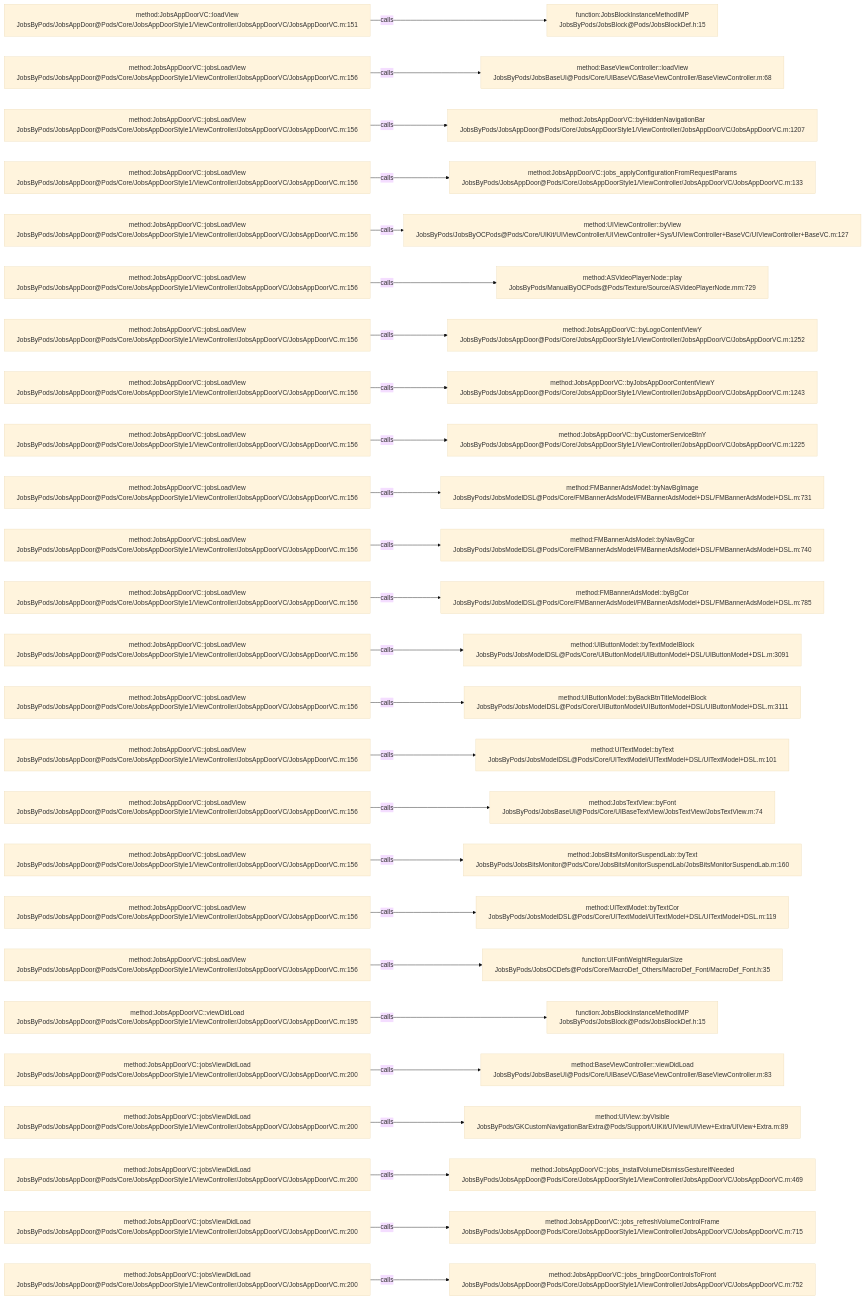
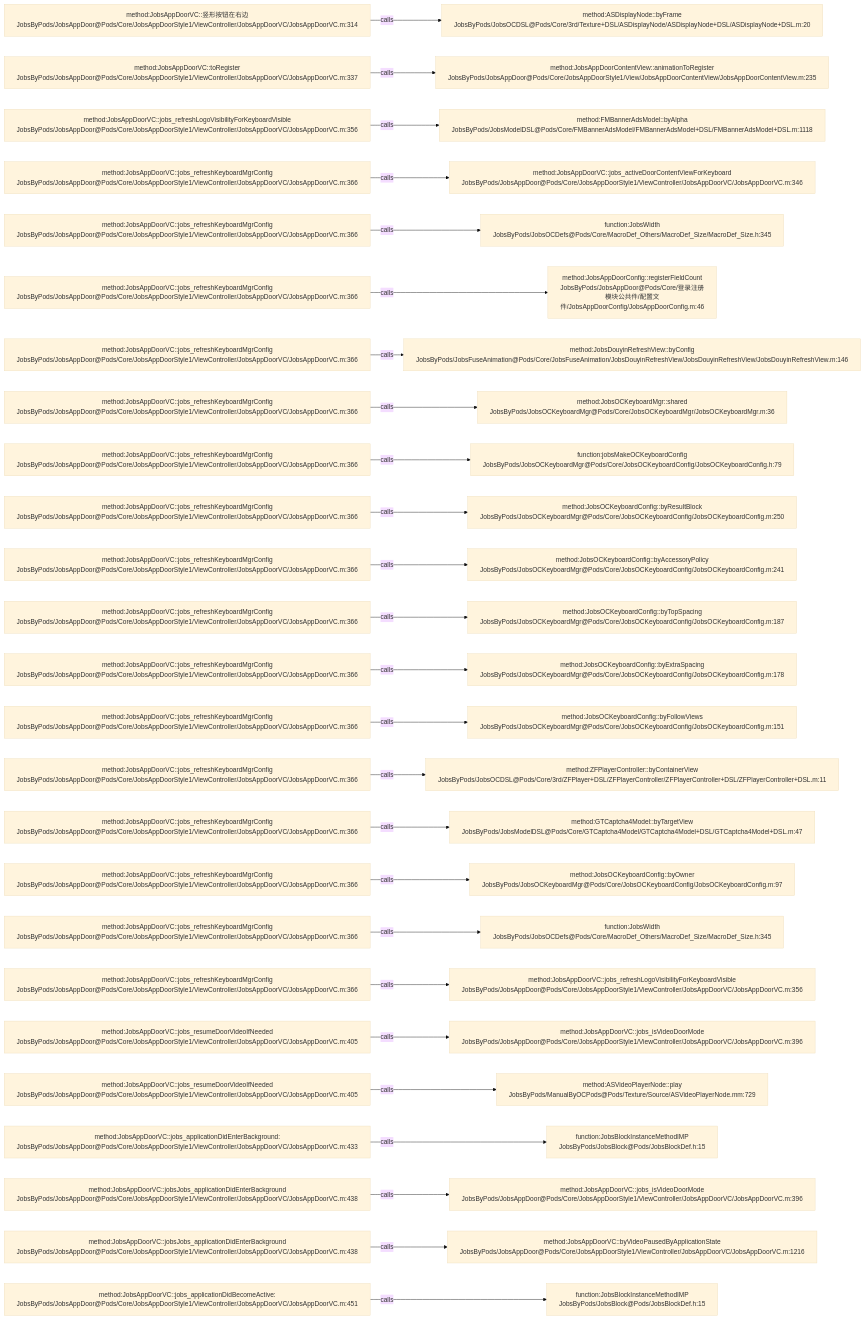
The diagram in .codegraph/codegraph.md/graphs/calls-107.md (JobsKits/JobsOCBaseConfigDemo), drawn with Mermaid (base theme) before and after one commit. The commit also changed 223 other files, not shown here.

````diff
--- a/.codegraph/codegraph.md/graphs/calls-107.md
+++ b/.codegraph/codegraph.md/graphs/calls-107.md
@@ -13,78 +13,78 @@
 ```mermaid
 flowchart LR
-  S1["method:JobsAppDoorVC::loadView<br/>JobsByPods/JobsAppDoor@Pods/Core/JobsAppDoorStyle1/ViewController/JobsAppDoorVC/JobsAppDoorVC.m:151"]
-  T1["function:JobsBlockInstanceMethodIMP<br/>JobsByPods/JobsBlock@Pods/JobsBlockDef.h:15"]
+  S1["method:JobsAppDoorVC::竖形按钮在右边<br/>JobsByPods/JobsAppDoor@Pods/Core/JobsAppDoorStyle1/ViewController/JobsAppDoorVC/JobsAppDoorVC.m:314"]
+  T1["method:ASDisplayNode::byFrame<br/>JobsByPods/JobsOCDSL@Pods/Core/3rd/Texture+DSL/ASDisplayNode/ASDisplayNode+DSL/ASDisplayNode+DSL.m:20"]
   S1 -->|calls| T1
-  S2["method:JobsAppDoorVC::jobsLoadView<br/>JobsByPods/JobsAppDoor@Pods/Core/JobsAppDoorStyle1/ViewController/JobsAppDoorVC/JobsAppDoorVC.m:156"]
-  T2["method:BaseViewController::loadView<br/>JobsByPods/JobsBaseUI@Pods/Core/UIBaseVC/BaseViewController/BaseViewController.m:68"]
+  S2["method:JobsAppDoorVC::toRegister<br/>JobsByPods/JobsAppDoor@Pods/Core/JobsAppDoorStyle1/ViewController/JobsAppDoorVC/JobsAppDoorVC.m:337"]
+  T2["method:JobsAppDoorContentView::animationToRegister<br/>JobsByPods/JobsAppDoor@Pods/Core/JobsAppDoorStyle1/View/JobsAppDoorContentView/JobsAppDoorContentView.m:235"]
   S2 -->|calls| T2
-  S3["method:JobsAppDoorVC::jobsLoadView<br/>JobsByPods/JobsAppDoor@Pods/Core/JobsAppDoorStyle1/ViewController/JobsAppDoorVC/JobsAppDoorVC.m:156"]
-  T3["method:JobsAppDoorVC::byHiddenNavigationBar<br/>JobsByPods/JobsAppDoor@Pods/Core/JobsAppDoorStyle1/ViewController/JobsAppDoorVC/JobsAppDoorVC.m:1207"]
+  S3["method:JobsAppDoorVC::jobs_refreshLogoVisibilityForKeyboardVisible<br/>JobsByPods/JobsAppDoor@Pods/Core/JobsAppDoorStyle1/ViewController/JobsAppDoorVC/JobsAppDoorVC.m:356"]
+  T3["method:FMBannerAdsModel::byAlpha<br/>JobsByPods/JobsModelDSL@Pods/Core/FMBannerAdsModel/FMBannerAdsModel+DSL/FMBannerAdsModel+DSL.m:1118"]
   S3 -->|calls| T3
-  S4["method:JobsAppDoorVC::jobsLoadView<br/>JobsByPods/JobsAppDoor@Pods/Core/JobsAppDoorStyle1/ViewController/JobsAppDoorVC/JobsAppDoorVC.m:156"]
-  T4["method:JobsAppDoorVC::jobs_applyConfigurationFromRequestParams<br/>JobsByPods/JobsAppDoor@Pods/Core/JobsAppDoorStyle1/ViewController/JobsAppDoorVC/JobsAppDoorVC.m:133"]
+  S4["method:JobsAppDoorVC::jobs_refreshKeyboardMgrConfig<br/>JobsByPods/JobsAppDoor@Pods/Core/JobsAppDoorStyle1/ViewController/JobsAppDoorVC/JobsAppDoorVC.m:366"]
+  T4["method:JobsAppDoorVC::jobs_activeDoorContentViewForKeyboard<br/>JobsByPods/JobsAppDoor@Pods/Core/JobsAppDoorStyle1/ViewController/JobsAppDoorVC/JobsAppDoorVC.m:346"]
   S4 -->|calls| T4
-  S5["method:JobsAppDoorVC::jobsLoadView<br/>JobsByPods/JobsAppDoor@Pods/Core/JobsAppDoorStyle1/ViewController/JobsAppDoorVC/JobsAppDoorVC.m:156"]
-  T5["method:UIViewController::byView<br/>JobsByPods/JobsByOCPods@Pods/Core/UIKit/UIViewController/UIViewController+Sys/UIViewController+BaseVC/UIViewController+BaseVC.m:127"]
+  S5["method:JobsAppDoorVC::jobs_refreshKeyboardMgrConfig<br/>JobsByPods/JobsAppDoor@Pods/Core/JobsAppDoorStyle1/ViewController/JobsAppDoorVC/JobsAppDoorVC.m:366"]
+  T5["function:JobsWidth<br/>JobsByPods/JobsOCDefs@Pods/Core/MacroDef_Others/MacroDef_Size/MacroDef_Size.h:345"]
   S5 -->|calls| T5
-  S6["method:JobsAppDoorVC::jobsLoadView<br/>JobsByPods/JobsAppDoor@Pods/Core/JobsAppDoorStyle1/ViewController/JobsAppDoorVC/JobsAppDoorVC.m:156"]
-  T6["method:ASVideoPlayerNode::play<br/>JobsByPods/ManualByOCPods@Pods/Texture/Source/ASVideoPlayerNode.mm:729"]
+  S6["method:JobsAppDoorVC::jobs_refreshKeyboardMgrConfig<br/>JobsByPods/JobsAppDoor@Pods/Core/JobsAppDoorStyle1/ViewController/JobsAppDoorVC/JobsAppDoorVC.m:366"]
+  T6["method:JobsAppDoorConfig::registerFieldCount<br/>JobsByPods/JobsAppDoor@Pods/Core/登录注册模块公共件/配置文件/JobsAppDoorConfig/JobsAppDoorConfig.m:46"]
   S6 -->|calls| T6
-  S7["method:JobsAppDoorVC::jobsLoadView<br/>JobsByPods/JobsAppDoor@Pods/Core/JobsAppDoorStyle1/ViewController/JobsAppDoorVC/JobsAppDoorVC.m:156"]
-  T7["method:JobsAppDoorVC::byLogoContentViewY<br/>JobsByPods/JobsAppDoor@Pods/Core/JobsAppDoorStyle1/ViewController/JobsAppDoorVC/JobsAppDoorVC.m:1252"]
+  S7["method:JobsAppDoorVC::jobs_refreshKeyboardMgrConfig<br/>JobsByPods/JobsAppDoor@Pods/Core/JobsAppDoorStyle1/ViewController/JobsAppDoorVC/JobsAppDoorVC.m:366"]
+  T7["method:JobsDouyinRefreshView::byConfig<br/>JobsByPods/JobsFuseAnimation@Pods/Core/JobsFuseAnimation/JobsDouyinRefreshView/JobsDouyinRefreshView/JobsDouyinRefreshView.m:146"]
   S7 -->|calls| T7
-  S8["method:JobsAppDoorVC::jobsLoadView<br/>JobsByPods/JobsAppDoor@Pods/Core/JobsAppDoorStyle1/ViewController/JobsAppDoorVC/JobsAppDoorVC.m:156"]
-  T8["method:JobsAppDoorVC::byJobsAppDoorContentViewY<br/>JobsByPods/JobsAppDoor@Pods/Core/JobsAppDoorStyle1/ViewController/JobsAppDoorVC/JobsAppDoorVC.m:1243"]
+  S8["method:JobsAppDoorVC::jobs_refreshKeyboardMgrConfig<br/>JobsByPods/JobsAppDoor@Pods/Core/JobsAppDoorStyle1/ViewController/JobsAppDoorVC/JobsAppDoorVC.m:366"]
+  T8["method:JobsOCKeyboardMgr::shared<br/>JobsByPods/JobsOCKeyboardMgr@Pods/Core/JobsOCKeyboardMgr/JobsOCKeyboardMgr.m:36"]
   S8 -->|calls| T8
-  S9["method:JobsAppDoorVC::jobsLoadView<br/>JobsByPods/JobsAppDoor@Pods/Core/JobsAppDoorStyle1/ViewController/JobsAppDoorVC/JobsAppDoorVC.m:156"]
-  T9["method:JobsAppDoorVC::byCustomerServiceBtnY<br/>JobsByPods/JobsAppDoor@Pods/Core/JobsAppDoorStyle1/ViewController/JobsAppDoorVC/JobsAppDoorVC.m:1225"]
+  S9["method:JobsAppDoorVC::jobs_refreshKeyboardMgrConfig<br/>JobsByPods/JobsAppDoor@Pods/Core/JobsAppDoorStyle1/ViewController/JobsAppDoorVC/JobsAppDoorVC.m:366"]
+  T9["function:jobsMakeOCKeyboardConfig<br/>JobsByPods/JobsOCKeyboardMgr@Pods/Core/JobsOCKeyboardConfig/JobsOCKeyboardConfig.h:79"]
   S9 -->|calls| T9
-  S10["method:JobsAppDoorVC::jobsLoadView<br/>JobsByPods/JobsAppDoor@Pods/Core/JobsAppDoorStyle1/ViewController/JobsAppDoorVC/JobsAppDoorVC.m:156"]
-  T10["method:FMBannerAdsModel::byNavBgImage<br/>JobsByPods/JobsModelDSL@Pods/Core/FMBannerAdsModel/FMBannerAdsModel+DSL/FMBannerAdsModel+DSL.m:731"]
+  S10["method:JobsAppDoorVC::jobs_refreshKeyboardMgrConfig<br/>JobsByPods/JobsAppDoor@Pods/Core/JobsAppDoorStyle1/ViewController/JobsAppDoorVC/JobsAppDoorVC.m:366"]
+  T10["method:JobsOCKeyboardConfig::byResultBlock<br/>JobsByPods/JobsOCKeyboardMgr@Pods/Core/JobsOCKeyboardConfig/JobsOCKeyboardConfig.m:250"]
   S10 -->|calls| T10
-  S11["method:JobsAppDoorVC::jobsLoadView<br/>JobsByPods/JobsAppDoor@Pods/Core/JobsAppDoorStyle1/ViewController/JobsAppDoorVC/JobsAppDoorVC.m:156"]
-  T11["method:FMBannerAdsModel::byNavBgCor<br/>JobsByPods/JobsModelDSL@Pods/Core/FMBannerAdsModel/FMBannerAdsModel+DSL/FMBannerAdsModel+DSL.m:740"]
+  S11["method:JobsAppDoorVC::jobs_refreshKeyboardMgrConfig<br/>JobsByPods/JobsAppDoor@Pods/Core/JobsAppDoorStyle1/ViewController/JobsAppDoorVC/JobsAppDoorVC.m:366"]
+  T11["method:JobsOCKeyboardConfig::byAccessoryPolicy<br/>JobsByPods/JobsOCKeyboardMgr@Pods/Core/JobsOCKeyboardConfig/JobsOCKeyboardConfig.m:241"]
   S11 -->|calls| T11
-  S12["method:JobsAppDoorVC::jobsLoadView<br/>JobsByPods/JobsAppDoor@Pods/Core/JobsAppDoorStyle1/ViewController/JobsAppDoorVC/JobsAppDoorVC.m:156"]
-  T12["method:FMBannerAdsModel::byBgCor<br/>JobsByPods/JobsModelDSL@Pods/Core/FMBannerAdsModel/FMBannerAdsModel+DSL/FMBannerAdsModel+DSL.m:785"]
+  S12["method:JobsAppDoorVC::jobs_refreshKeyboardMgrConfig<br/>JobsByPods/JobsAppDoor@Pods/Core/JobsAppDoorStyle1/ViewController/JobsAppDoorVC/JobsAppDoorVC.m:366"]
+  T12["method:JobsOCKeyboardConfig::byTopSpacing<br/>JobsByPods/JobsOCKeyboardMgr@Pods/Core/JobsOCKeyboardConfig/JobsOCKeyboardConfig.m:187"]
   S12 -->|calls| T12
-  S13["method:JobsAppDoorVC::jobsLoadView<br/>JobsByPods/JobsAppDoor@Pods/Core/JobsAppDoorStyle1/ViewController/JobsAppDoorVC/JobsAppDoorVC.m:156"]
-  T13["method:UIButtonModel::byTextModelBlock<br/>JobsByPods/JobsModelDSL@Pods/Core/UIButtonModel/UIButtonModel+DSL/UIButtonModel+DSL.m:3091"]
+  S13["method:JobsAppDoorVC::jobs_refreshKeyboardMgrConfig<br/>JobsByPods/JobsAppDoor@Pods/Core/JobsAppDoorStyle1/ViewController/JobsAppDoorVC/JobsAppDoorVC.m:366"]
+  T13["method:JobsOCKeyboardConfig::byExtraSpacing<br/>JobsByPods/JobsOCKeyboardMgr@Pods/Core/JobsOCKeyboardConfig/JobsOCKeyboardConfig.m:178"]
   S13 -->|calls| T13
-  S14["method:JobsAppDoorVC::jobsLoadView<br/>JobsByPods/JobsAppDoor@Pods/Core/JobsAppDoorStyle1/ViewController/JobsAppDoorVC/JobsAppDoorVC.m:156"]
-  T14["method:UIButtonModel::byBackBtnTitleModelBlock<br/>JobsByPods/JobsModelDSL@Pods/Core/UIButtonModel/UIButtonModel+DSL/UIButtonModel+DSL.m:3111"]
+  S14["method:JobsAppDoorVC::jobs_refreshKeyboardMgrConfig<br/>JobsByPods/JobsAppDoor@Pods/Core/JobsAppDoorStyle1/ViewController/JobsAppDoorVC/JobsAppDoorVC.m:366"]
+  T14["method:JobsOCKeyboardConfig::byFollowViews<br/>JobsByPods/JobsOCKeyboardMgr@Pods/Core/JobsOCKeyboardConfig/JobsOCKeyboardConfig.m:151"]
   S14 -->|calls| T14
-  S15["method:JobsAppDoorVC::jobsLoadView<br/>JobsByPods/JobsAppDoor@Pods/Core/JobsAppDoorStyle1/ViewController/JobsAppDoorVC/JobsAppDoorVC.m:156"]
-  T15["method:UITextModel::byText<br/>JobsByPods/JobsModelDSL@Pods/Core/UITextModel/UITextModel+DSL/UITextModel+DSL.m:101"]
+  S15["method:JobsAppDoorVC::jobs_refreshKeyboardMgrConfig<br/>JobsByPods/JobsAppDoor@Pods/Core/JobsAppDoorStyle1/ViewController/JobsAppDoorVC/JobsAppDoorVC.m:366"]
+  T15["method:ZFPlayerController::byContainerView<br/>JobsByPods/JobsOCDSL@Pods/Core/3rd/ZFPlayer+DSL/ZFPlayerController/ZFPlayerController+DSL/ZFPlayerController+DSL.m:11"]
   S15 -->|calls| T15
-  S16["method:JobsAppDoorVC::jobsLoadView<br/>JobsByPods/JobsAppDoor@Pods/Core/JobsAppDoorStyle1/ViewController/JobsAppDoorVC/JobsAppDoorVC.m:156"]
-  T16["method:JobsTextView::byFont<br/>JobsByPods/JobsBaseUI@Pods/Core/UIBaseTextView/JobsTextView/JobsTextView.m:74"]
+  S16["method:JobsAppDoorVC::jobs_refreshKeyboardMgrConfig<br/>JobsByPods/JobsAppDoor@Pods/Core/JobsAppDoorStyle1/ViewController/JobsAppDoorVC/JobsAppDoorVC.m:366"]
+  T16["method:GTCaptcha4Model::byTargetView<br/>JobsByPods/JobsModelDSL@Pods/Core/GTCaptcha4Model/GTCaptcha4Model+DSL/GTCaptcha4Model+DSL.m:47"]
   S16 -->|calls| T16
-  S17["method:JobsAppDoorVC::jobsLoadView<br/>JobsByPods/JobsAppDoor@Pods/Core/JobsAppDoorStyle1/ViewController/JobsAppDoorVC/JobsAppDoorVC.m:156"]
-  T17["method:JobsBitsMonitorSuspendLab::byText<br/>JobsByPods/JobsBitsMonitor@Pods/Core/JobsBitsMonitorSuspendLab/JobsBitsMonitorSuspendLab.m:160"]
+  S17["method:JobsAppDoorVC::jobs_refreshKeyboardMgrConfig<br/>JobsByPods/JobsAppDoor@Pods/Core/JobsAppDoorStyle1/ViewController/JobsAppDoorVC/JobsAppDoorVC.m:366"]
+  T17["method:JobsOCKeyboardConfig::byOwner<br/>JobsByPods/JobsOCKeyboardMgr@Pods/Core/JobsOCKeyboardConfig/JobsOCKeyboardConfig.m:97"]
   S17 -->|calls| T17
-  S18["method:JobsAppDoorVC::jobsLoadView<br/>JobsByPods/JobsAppDoor@Pods/Core/JobsAppDoorStyle1/ViewController/JobsAppDoorVC/JobsAppDoorVC.m:156"]
-  T18["method:UITextModel::byTextCor<br/>JobsByPods/JobsModelDSL@Pods/Core/UITextModel/UITextModel+DSL/UITextModel+DSL.m:119"]
+  S18["method:JobsAppDoorVC::jobs_refreshKeyboardMgrConfig<br/>JobsByPods/JobsAppDoor@Pods/Core/JobsAppDoorStyle1/ViewController/JobsAppDoorVC/JobsAppDoorVC.m:366"]
+  T18["function:JobsWidth<br/>JobsByPods/JobsOCDefs@Pods/Core/MacroDef_Others/MacroDef_Size/MacroDef_Size.h:345"]
   S18 -->|calls| T18
-  S19["method:JobsAppDoorVC::jobsLoadView<br/>JobsByPods/JobsAppDoor@Pods/Core/JobsAppDoorStyle1/ViewController/JobsAppDoorVC/JobsAppDoorVC.m:156"]
-  T19["function:UIFontWeightRegularSize<br/>JobsByPods/JobsOCDefs@Pods/Core/MacroDef_Others/MacroDef_Font/MacroDef_Font.h:35"]
+  S19["method:JobsAppDoorVC::jobs_refreshKeyboardMgrConfig<br/>JobsByPods/JobsAppDoor@Pods/Core/JobsAppDoorStyle1/ViewController/JobsAppDoorVC/JobsAppDoorVC.m:366"]
+  T19["method:JobsAppDoorVC::jobs_refreshLogoVisibilityForKeyboardVisible<br/>JobsByPods/JobsAppDoor@Pods/Core/JobsAppDoorStyle1/ViewController/JobsAppDoorVC/JobsAppDoorVC.m:356"]
   S19 -->|calls| T19
-  S20["method:JobsAppDoorVC::viewDidLoad<br/>JobsByPods/JobsAppDoor@Pods/Core/JobsAppDoorStyle1/ViewController/JobsAppDoorVC/JobsAppDoorVC.m:195"]
-  T20["function:JobsBlockInstanceMethodIMP<br/>JobsByPods/JobsBlock@Pods/JobsBlockDef.h:15"]
+  S20["method:JobsAppDoorVC::jobs_resumeDoorVideoIfNeeded<br/>JobsByPods/JobsAppDoor@Pods/Core/JobsAppDoorStyle1/ViewController/JobsAppDoorVC/JobsAppDoorVC.m:405"]
+  T20["method:JobsAppDoorVC::jobs_isVideoDoorMode<br/>JobsByPods/JobsAppDoor@Pods/Core/JobsAppDoorStyle1/ViewController/JobsAppDoorVC/JobsAppDoorVC.m:396"]
   S20 -->|calls| T20
-  S21["method:JobsAppDoorVC::jobsViewDidLoad<br/>JobsByPods/JobsAppDoor@Pods/Core/JobsAppDoorStyle1/ViewController/JobsAppDoorVC/JobsAppDoorVC.m:200"]
-  T21["method:BaseViewController::viewDidLoad<br/>JobsByPods/JobsBaseUI@Pods/Core/UIBaseVC/BaseViewController/BaseViewController.m:83"]
+  S21["method:JobsAppDoorVC::jobs_resumeDoorVideoIfNeeded<br/>JobsByPods/JobsAppDoor@Pods/Core/JobsAppDoorStyle1/ViewController/JobsAppDoorVC/JobsAppDoorVC.m:405"]
+  T21["method:ASVideoPlayerNode::play<br/>JobsByPods/ManualByOCPods@Pods/Texture/Source/ASVideoPlayerNode.mm:729"]
   S21 -->|calls| T21
-  S22["method:JobsAppDoorVC::jobsViewDidLoad<br/>JobsByPods/JobsAppDoor@Pods/Core/JobsAppDoorStyle1/ViewController/JobsAppDoorVC/JobsAppDoorVC.m:200"]
-  T22["method:UIView::byVisible<br/>JobsByPods/GKCustomNavigationBarExtra@Pods/Support/UIKit/UIView/UIView+Extra/UIView+Extra.m:89"]
+  S22["method:JobsAppDoorVC::jobs_applicationDidEnterBackground:<br/>JobsByPods/JobsAppDoor@Pods/Core/JobsAppDoorStyle1/ViewController/JobsAppDoorVC/JobsAppDoorVC.m:433"]
+  T22["function:JobsBlockInstanceMethodIMP<br/>JobsByPods/JobsBlock@Pods/JobsBlockDef.h:15"]
   S22 -->|calls| T22
-  S23["method:JobsAppDoorVC::jobsViewDidLoad<br/>JobsByPods/JobsAppDoor@Pods/Core/JobsAppDoorStyle1/ViewController/JobsAppDoorVC/JobsAppDoorVC.m:200"]
-  T23["method:JobsAppDoorVC::jobs_installVolumeDismissGestureIfNeeded<br/>JobsByPods/JobsAppDoor@Pods/Core/JobsAppDoorStyle1/ViewController/JobsAppDoorVC/JobsAppDoorVC.m:469"]
+  S23["method:JobsAppDoorVC::jobsJobs_applicationDidEnterBackground<br/>JobsByPods/JobsAppDoor@Pods/Core/JobsAppDoorStyle1/ViewController/JobsAppDoorVC/JobsAppDoorVC.m:438"]
+  T23["method:JobsAppDoorVC::jobs_isVideoDoorMode<br/>JobsByPods/JobsAppDoor@Pods/Core/JobsAppDoorStyle1/ViewController/JobsAppDoorVC/JobsAppDoorVC.m:396"]
   S23 -->|calls| T23
-  S24["method:JobsAppDoorVC::jobsViewDidLoad<br/>JobsByPods/JobsAppDoor@Pods/Core/JobsAppDoorStyle1/ViewController/JobsAppDoorVC/JobsAppDoorVC.m:200"]
-  T24["method:JobsAppDoorVC::jobs_refreshVolumeControlFrame<br/>JobsByPods/JobsAppDoor@Pods/Core/JobsAppDoorStyle1/ViewController/JobsAppDoorVC/JobsAppDoorVC.m:715"]
+  S24["method:JobsAppDoorVC::jobsJobs_applicationDidEnterBackground<br/>JobsByPods/JobsAppDoor@Pods/Core/JobsAppDoorStyle1/ViewController/JobsAppDoorVC/JobsAppDoorVC.m:438"]
+  T24["method:JobsAppDoorVC::byVideoPausedByApplicationState<br/>JobsByPods/JobsAppDoor@Pods/Core/JobsAppDoorStyle1/ViewController/JobsAppDoorVC/JobsAppDoorVC.m:1216"]
   S24 -->|calls| T24
-  S25["method:JobsAppDoorVC::jobsViewDidLoad<br/>JobsByPods/JobsAppDoor@Pods/Core/JobsAppDoorStyle1/ViewController/JobsAppDoorVC/JobsAppDoorVC.m:200"]
-  T25["method:JobsAppDoorVC::jobs_bringDoorControlsToFront<br/>JobsByPods/JobsAppDoor@Pods/Core/JobsAppDoorStyle1/ViewController/JobsAppDoorVC/JobsAppDoorVC.m:752"]
+  S25["method:JobsAppDoorVC::jobs_applicationDidBecomeActive:<br/>JobsByPods/JobsAppDoor@Pods/Core/JobsAppDoorStyle1/ViewController/JobsAppDoorVC/JobsAppDoorVC.m:451"]
+  T25["function:JobsBlockInstanceMethodIMP<br/>JobsByPods/JobsBlock@Pods/JobsBlockDef.h:15"]
   S25 -->|calls| T25
 ```
````
